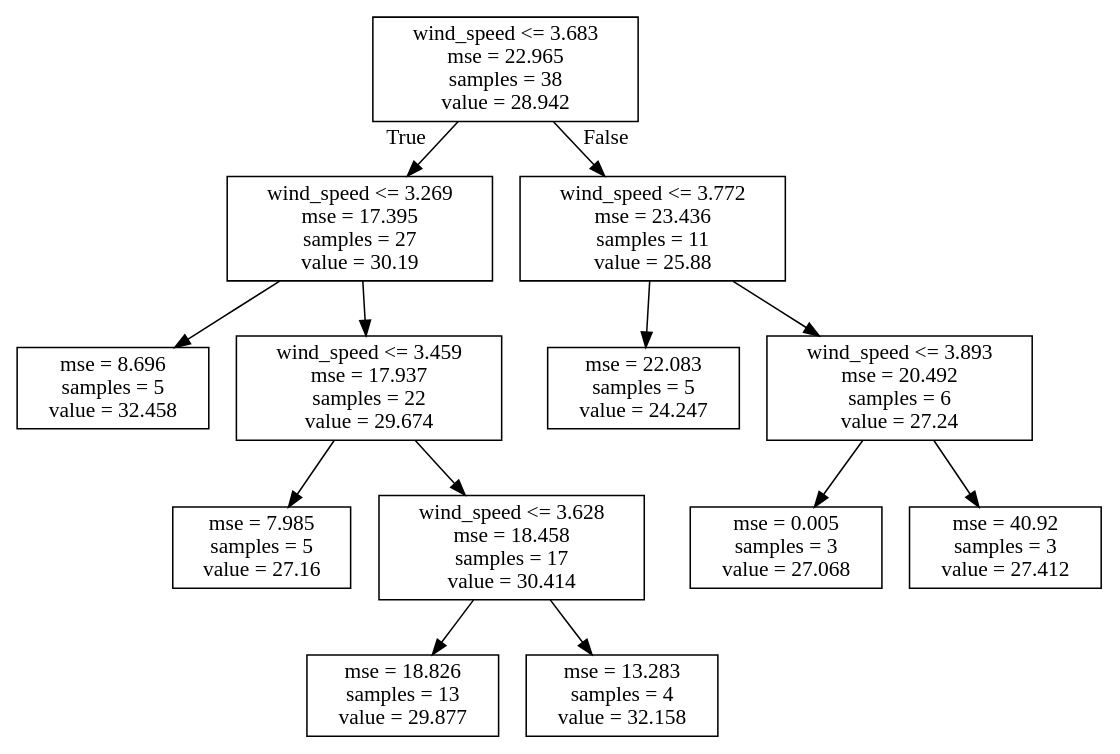
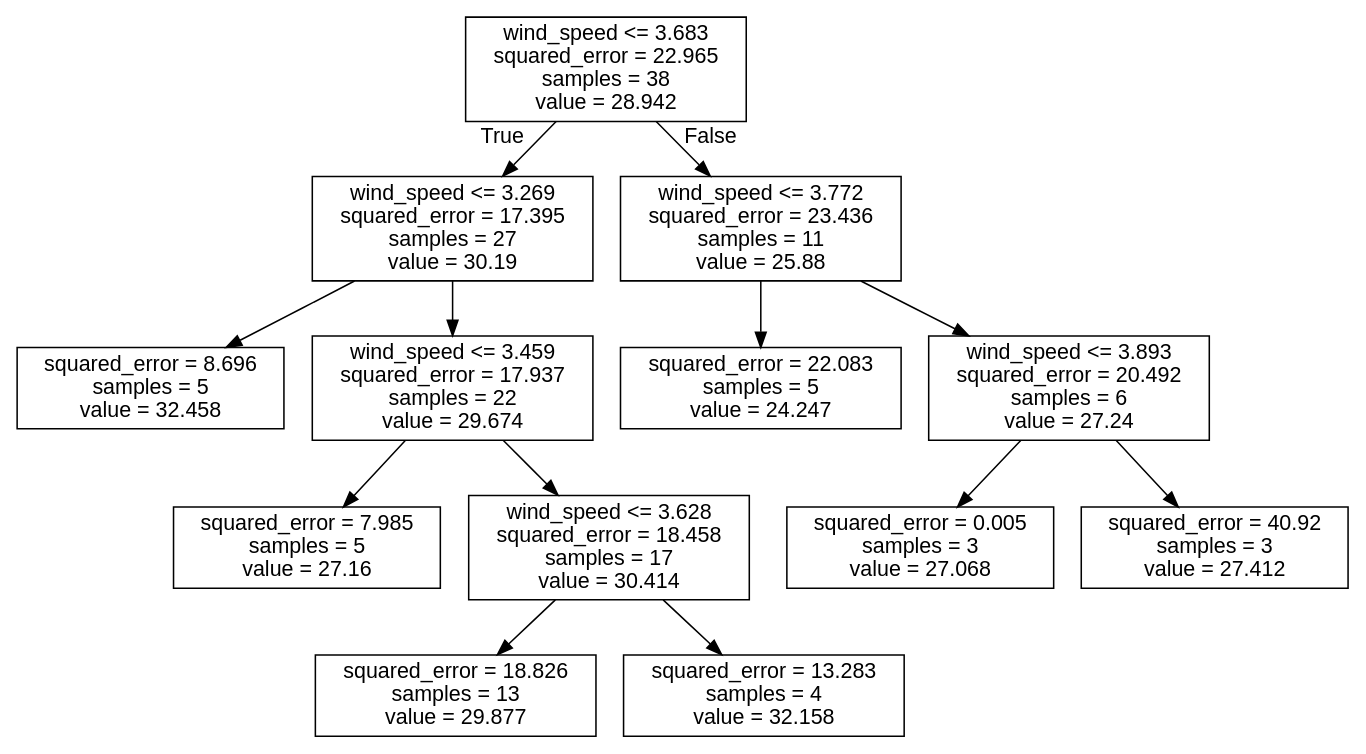
One commit to NIVANorge/seasonal_forecasting_watexr changed the diagram in Norway_Morsa/BayesianNetwork/Figures/Discretization_regTrees/Pairwise/DotFiles/metno_6Mseasons_TP-wind_speed.dot. Above: the diagram before and after it, drawn with Graphviz. The commit also changed 113 other files, not shown here.

```diff
--- a/Norway_Morsa/BayesianNetwork/Figures/Discretization_regTrees/Pairwise/DotFiles/metno_6Mseasons_TP-wind_speed.dot
+++ b/Norway_Morsa/BayesianNetwork/Figures/Discretization_regTrees/Pairwise/DotFiles/metno_6Mseasons_TP-wind_speed.dot
@@ -1,28 +1,29 @@
 digraph Tree {
-node [shape=box] ;
-0 [label="wind_speed <= 3.683\nmse = 22.965\nsamples = 38\nvalue = 28.942"] ;
-1 [label="wind_speed <= 3.269\nmse = 17.395\nsamples = 27\nvalue = 30.19"] ;
+node [shape=box, fontname="helvetica"] ;
+edge [fontname="helvetica"] ;
+0 [label="wind_speed <= 3.683\nsquared_error = 22.965\nsamples = 38\nvalue = 28.942"] ;
+1 [label="wind_speed <= 3.269\nsquared_error = 17.395\nsamples = 27\nvalue = 30.19"] ;
 0 -> 1 [labeldistance=2.5, labelangle=45, headlabel="True"] ;
-3 [label="mse = 8.696\nsamples = 5\nvalue = 32.458"] ;
+3 [label="squared_error = 8.696\nsamples = 5\nvalue = 32.458"] ;
 1 -> 3 ;
-4 [label="wind_speed <= 3.459\nmse = 17.937\nsamples = 22\nvalue = 29.674"] ;
+4 [label="wind_speed <= 3.459\nsquared_error = 17.937\nsamples = 22\nvalue = 29.674"] ;
 1 -> 4 ;
-5 [label="mse = 7.985\nsamples = 5\nvalue = 27.16"] ;
+5 [label="squared_error = 7.985\nsamples = 5\nvalue = 27.16"] ;
 4 -> 5 ;
-6 [label="wind_speed <= 3.628\nmse = 18.458\nsamples = 17\nvalue = 30.414"] ;
+6 [label="wind_speed <= 3.628\nsquared_error = 18.458\nsamples = 17\nvalue = 30.414"] ;
 4 -> 6 ;
-9 [label="mse = 18.826\nsamples = 13\nvalue = 29.877"] ;
+9 [label="squared_error = 18.826\nsamples = 13\nvalue = 29.877"] ;
 6 -> 9 ;
-10 [label="mse = 13.283\nsamples = 4\nvalue = 32.158"] ;
+10 [label="squared_error = 13.283\nsamples = 4\nvalue = 32.158"] ;
 6 -> 10 ;
-2 [label="wind_speed <= 3.772\nmse = 23.436\nsamples = 11\nvalue = 25.88"] ;
+2 [label="wind_speed <= 3.772\nsquared_error = 23.436\nsamples = 11\nvalue = 25.88"] ;
 0 -> 2 [labeldistance=2.5, labelangle=-45, headlabel="False"] ;
-7 [label="mse = 22.083\nsamples = 5\nvalue = 24.247"] ;
+7 [label="squared_error = 22.083\nsamples = 5\nvalue = 24.247"] ;
 2 -> 7 ;
-8 [label="wind_speed <= 3.893\nmse = 20.492\nsamples = 6\nvalue = 27.24"] ;
+8 [label="wind_speed <= 3.893\nsquared_error = 20.492\nsamples = 6\nvalue = 27.24"] ;
 2 -> 8 ;
-11 [label="mse = 0.005\nsamples = 3\nvalue = 27.068"] ;
+11 [label="squared_error = 0.005\nsamples = 3\nvalue = 27.068"] ;
 8 -> 11 ;
-12 [label="mse = 40.92\nsamples = 3\nvalue = 27.412"] ;
+12 [label="squared_error = 40.92\nsamples = 3\nvalue = 27.412"] ;
 8 -> 12 ;
 }
```
